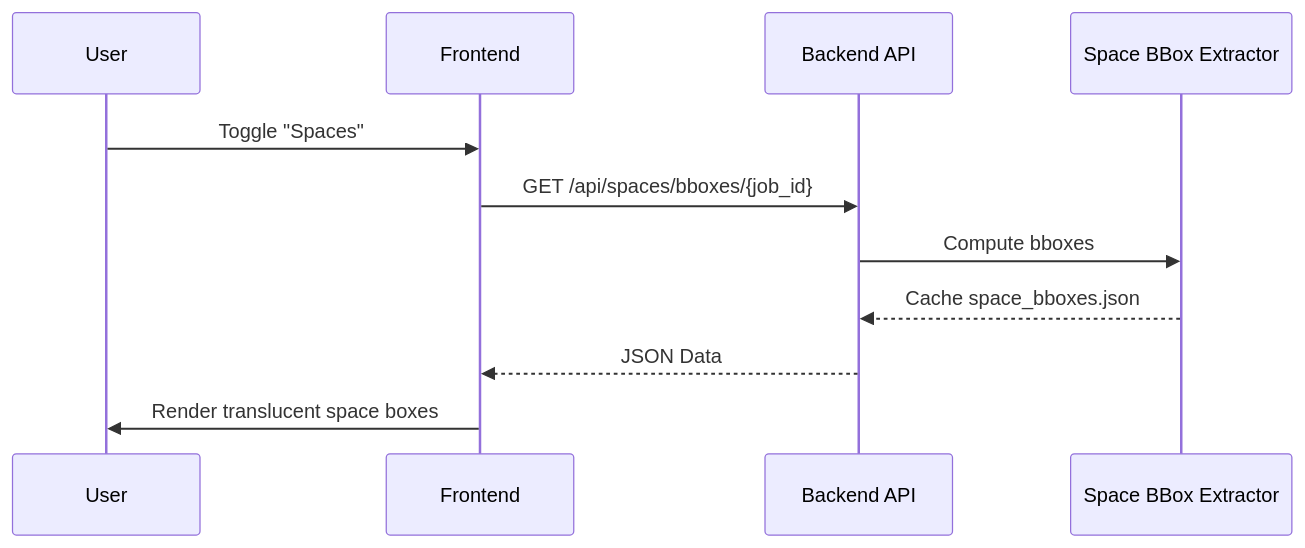
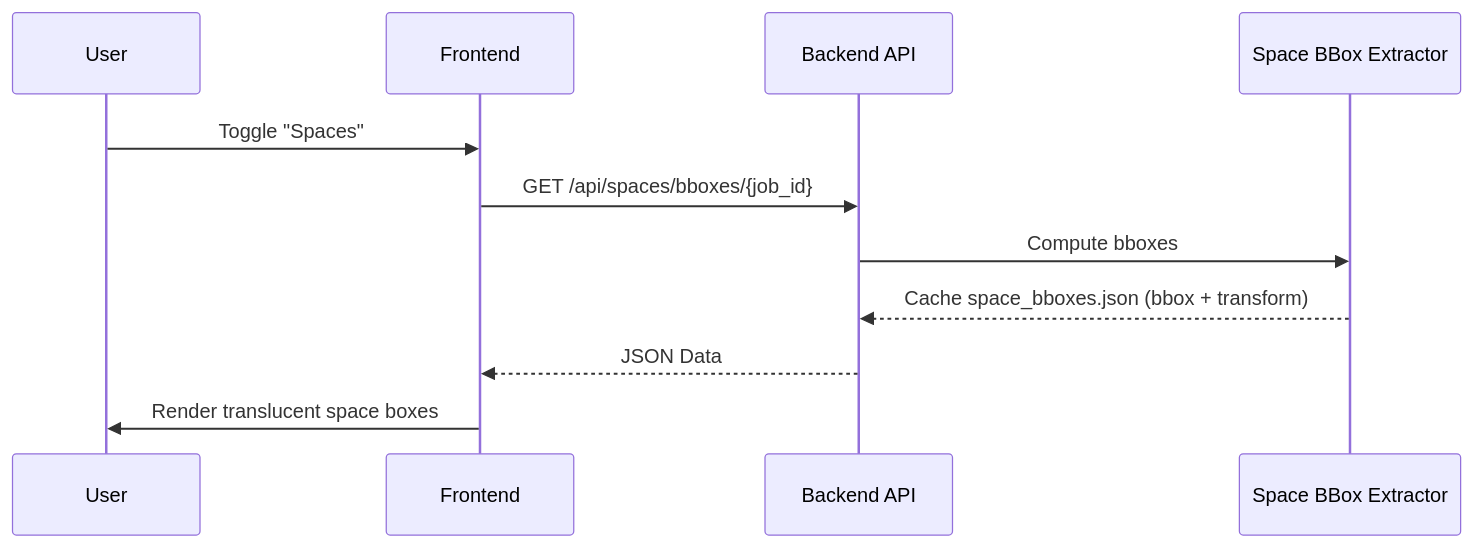
One commit to Naveendinula/DigitalTwin changed the sixth of 6 diagrams in SYSTEM_MAP.md. Above: the diagram before and after it, drawn with Mermaid. The commit also changed other lines of this file and 2 other files, not shown here.

First line of the commit message:
Update docs for HVAC/FM enrichment and space overlays

````diff
--- a/SYSTEM_MAP.md
+++ b/SYSTEM_MAP.md
@@ -175,14 +177,14 @@
 ```mermaid
 sequenceDiagram
     participant User
     participant UI as Frontend
     participant API as Backend API
     participant BBox as Space BBox Extractor
 
     User->>UI: Toggle "Spaces"
     UI->>API: GET /api/spaces/bboxes/{job_id}
     API->>BBox: Compute bboxes
-    BBox-->>API: Cache space_bboxes.json
+    BBox-->>API: Cache space_bboxes.json (bbox + transform)
     API-->>UI: JSON Data
     UI->>User: Render translucent space boxes
 ```
````
